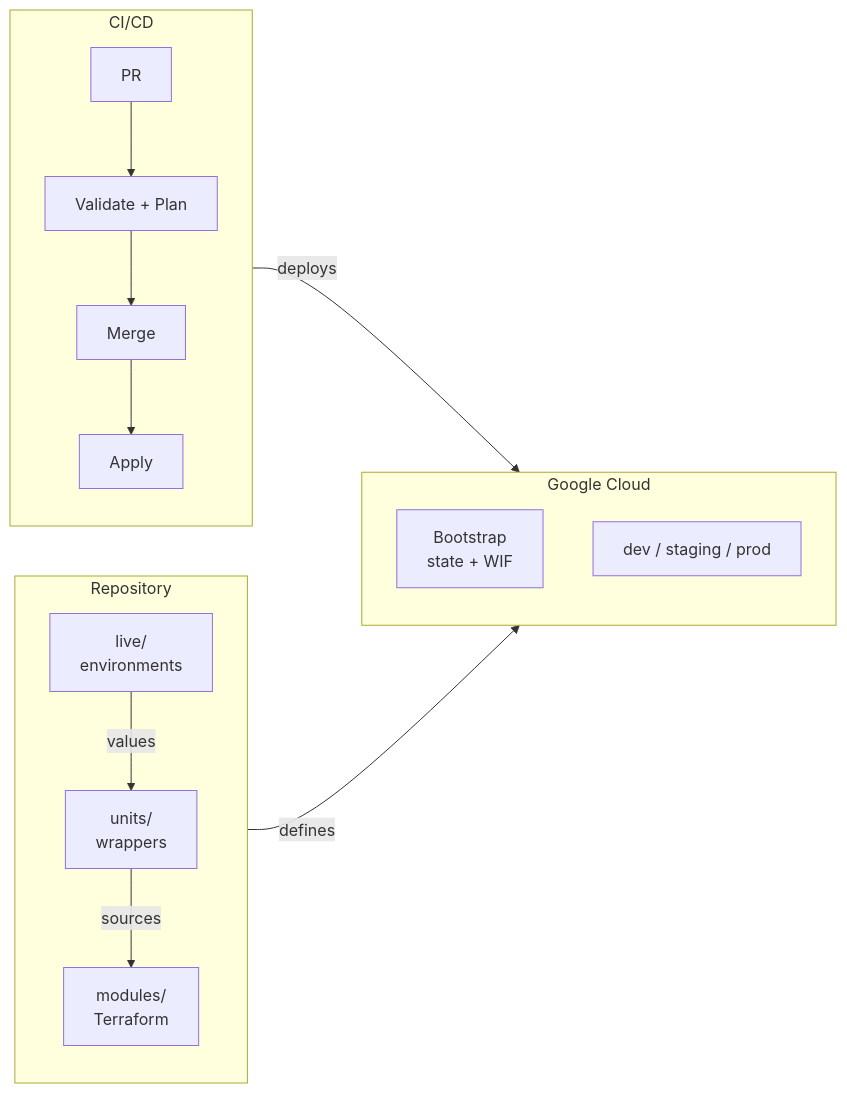
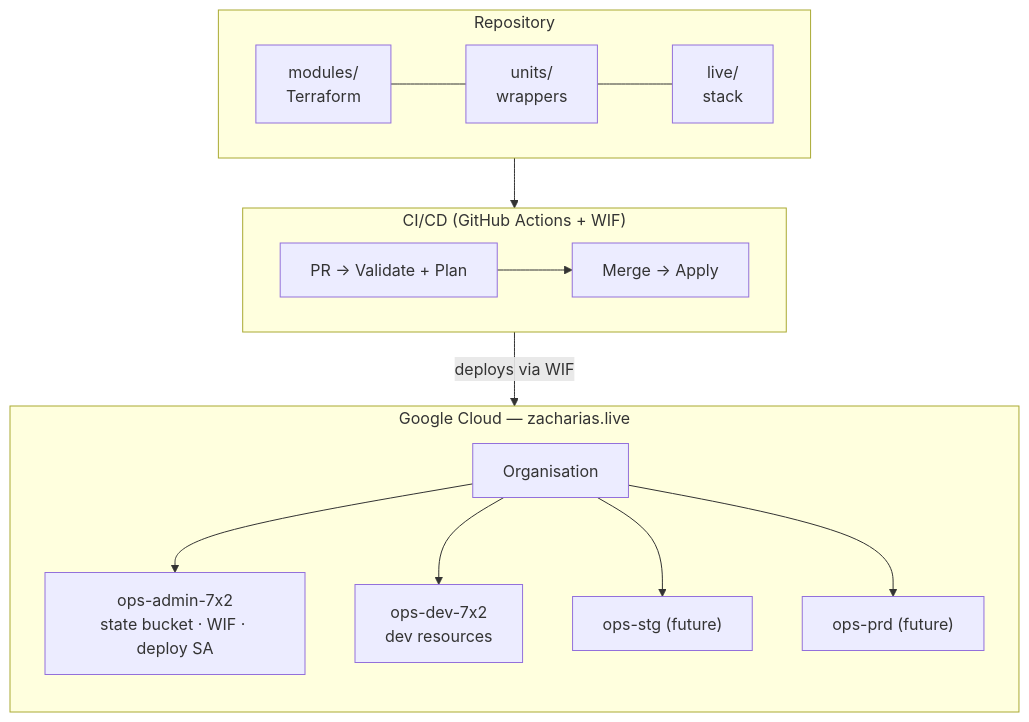
Before and after one commit to Chopsticks13/gcp-foundation-modules: the diagram in README.md, drawn with Mermaid. The commit also changed other lines of this file and 4 other files, not shown here.

Commit message:
feat: wire up GCP organisation and migrate projects

````diff
--- a/README.md
+++ b/README.md
@@ -15,20 +15,24 @@
 ```mermaid
-flowchart LR
-  subgraph ci["CI/CD"]
-    pr["PR"] --> validate["Validate + Plan"]
-    validate --> merge["Merge"] --> apply["Apply"]
+flowchart TB
+  subgraph repo["Repository"]
+    direction LR
+    modules["modules/<br/>Terraform"] --- units["units/<br/>wrappers"] --- live["live/<br/>stack"]
   end
 
-  subgraph repo["Repository"]
-    live["live/<br/>environments"] -->|values| units["units/<br/>wrappers"]
-    units -->|sources| modules["modules/<br/>Terraform"]
+  subgraph ci["CI/CD (GitHub Actions + WIF)"]
+    direction LR
+    pr["PR → Validate + Plan"] --> merge["Merge → Apply"]
   end
 
-  subgraph gcp["Google Cloud"]
-    bootstrap["Bootstrap<br/>state + WIF"]
-    envs["dev / staging / prod"]
+  subgraph gcp["Google Cloud — zacharias.live"]
+    direction TB
+    org["Organisation"]
+    org --> admin["ops-admin-7x2<br/>state bucket · WIF · deploy SA"]
+    org --> dev["ops-dev-7x2<br/>dev resources"]
+    org --> stg["ops-stg (future)"]
+    org --> prd["ops-prd (future)"]
   end
 
-  ci -->|"deploys"| gcp
-  repo -->|"defines"| gcp
+  repo --> ci
+  ci -->|deploys via WIF| gcp
 ```
````
